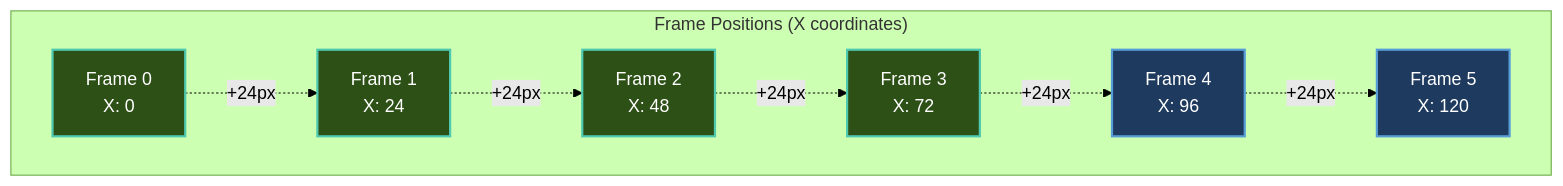
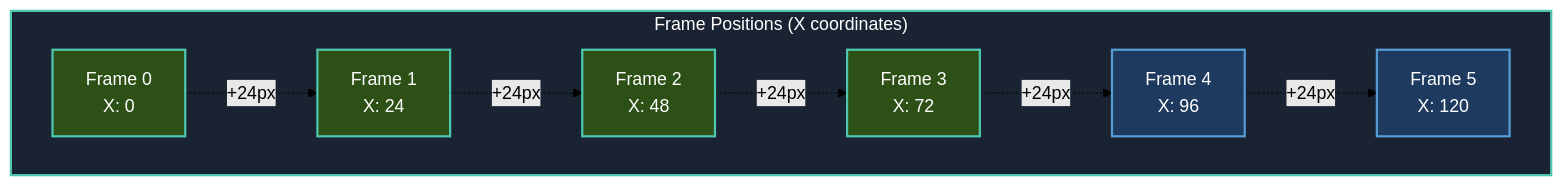
One commit to CrazyPickleStudios/Brine2D-Documentation changed the second of 3 diagrams in docs/tutorials/animations.md. Above: the diagram before and after it, drawn with Mermaid (forest theme). The commit also changed 17 other files, not shown here.

````diff
--- a/docs/tutorials/animations.md
+++ b/docs/tutorials/animations.md
@@ -72,24 +72,25 @@
 ```mermaid
 graph TD
-    subgraph "Frame Positions (X coordinates)"
+    subgraph COORDS["Frame Positions (X coordinates)"]
         C0["Frame 0<br/>X: 0"]
         C1["Frame 1<br/>X: 24"]
         C2["Frame 2<br/>X: 48"]
         C3["Frame 3<br/>X: 72"]
         C4["Frame 4<br/>X: 96"]
         C5["Frame 5<br/>X: 120"]
         
         C0 -.->|"+24px"| C1
         C1 -.->|"+24px"| C2
         C2 -.->|"+24px"| C3
         C3 -.->|"+24px"| C4
         C4 -.->|"+24px"| C5
+    end
 
-        style C0 fill:#2d5016,stroke:#4ec9b0,stroke-width:2px,color:#fff
-style C1 fill:#2d5016,stroke:#4ec9b0,stroke-width:2px,color:#fff
-style C2 fill:#2d5016,stroke:#4ec9b0,stroke-width:2px,color:#fff
-style C3 fill:#2d5016,stroke:#4ec9b0,stroke-width:2px,color:#fff
-style C4 fill:#1e3a5f,stroke:#569cd6,stroke-width:2px,color:#fff
-style C5 fill:#1e3a5f,stroke:#569cd6,stroke-width:2px,color:#fff
-    end
+    style C0 fill:#2d5016,stroke:#4ec9b0,stroke-width:2px,color:#fff
+    style C1 fill:#2d5016,stroke:#4ec9b0,stroke-width:2px,color:#fff
+    style C2 fill:#2d5016,stroke:#4ec9b0,stroke-width:2px,color:#fff
+    style C3 fill:#2d5016,stroke:#4ec9b0,stroke-width:2px,color:#fff
+    style C4 fill:#1e3a5f,stroke:#569cd6,stroke-width:2px,color:#fff
+    style C5 fill:#1e3a5f,stroke:#569cd6,stroke-width:2px,color:#fff
+    style COORDS fill:#1a2332,stroke:#4ec9b0,stroke-width:2px,color:#fff
 ```
````
